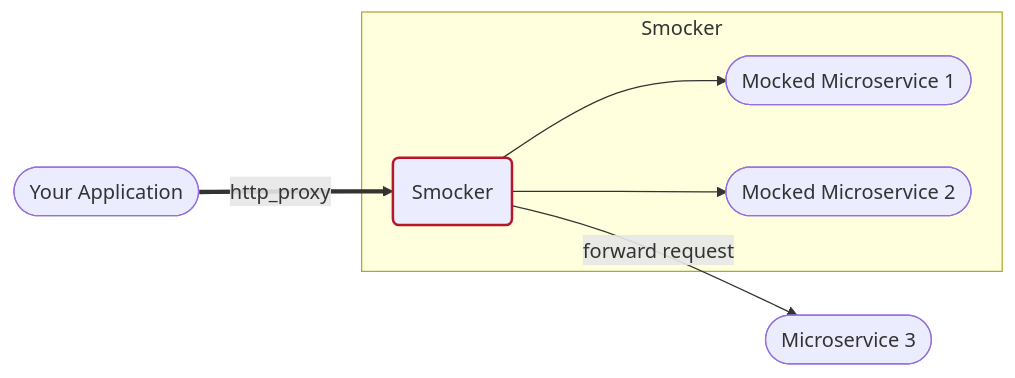
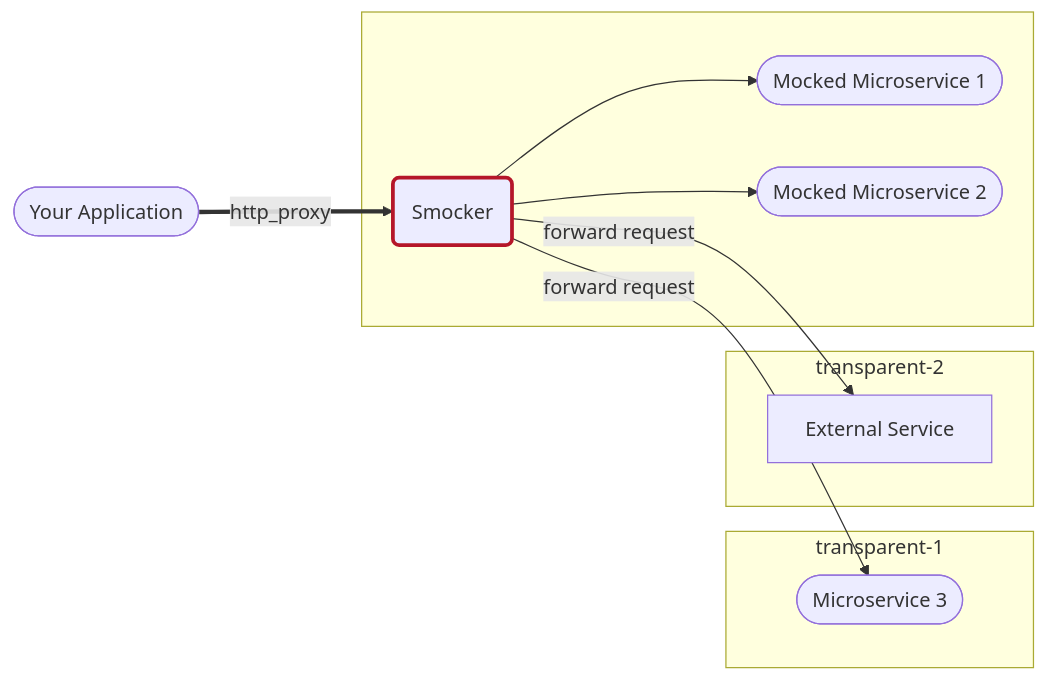
The fourth of 4 diagrams in docs/guide/README.md (smocker-dev/smocker), drawn with Mermaid before and after one commit. The commit also changed other lines of this file and 1 other file, not shown here.

Commit message:
feat: add custom mermaid theme + rework diagrams

````diff
--- a/docs/guide/README.md
+++ b/docs/guide/README.md
@@ -80,18 +86,26 @@
 ```mermaid
 graph LR
   App([Your Application])
-  M1([Mocked Microservice 1])
-  M2([Mocked Microservice 2])
-  M3([Microservice 3])
-  S(Smocker)
 
-  subgraph Smocker
+  subgraph " "
+    S(Smocker)
+    M1([Mocked Microservice 1])
+    M2([Mocked Microservice 2])
     S --> M1
     S --> M2
   end
 
+  subgraph transparent-1
+    M3([Microservice 3])
+    S --forward request--> M3
+  end
+
+  subgraph transparent-2
+    E[External Service]
+    S --forward request--> E
+  end
+
   App ==http_proxy==> S
-  S --forward request--> M3
 
-  style S stroke:#b51629,stroke-width:2px
+  style S stroke:#b51629,stroke-width:3px
 ```
````
